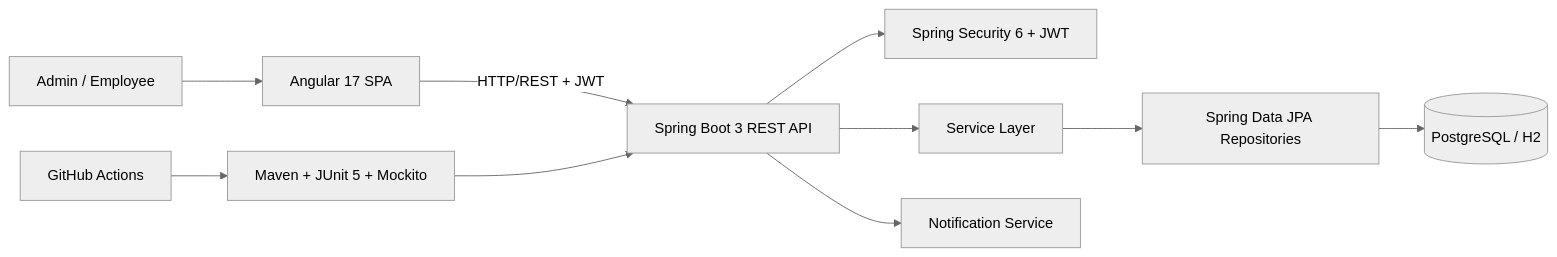
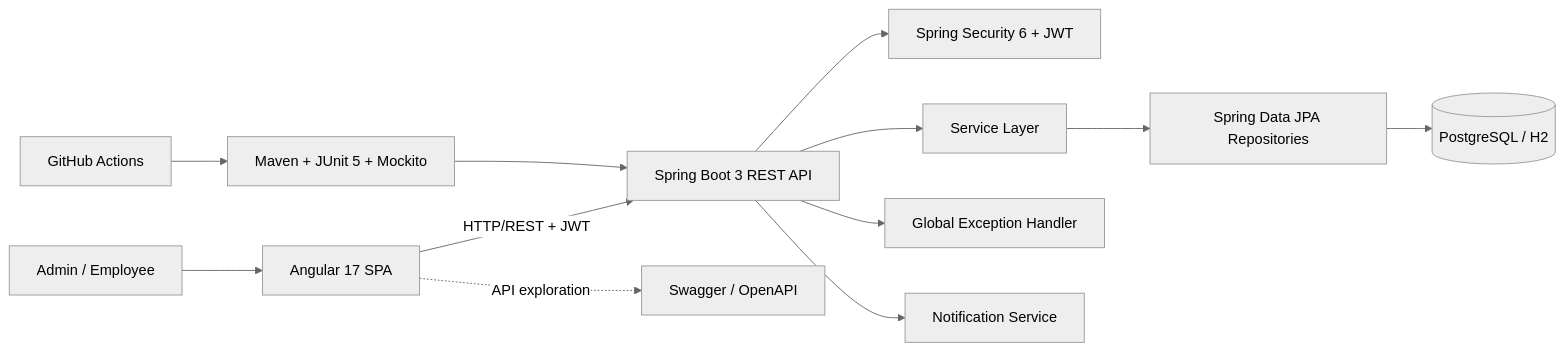
Before and after one commit to deadlyrps2802/PayCore: the first of 6 diagrams in ARCHITECTURE.md, drawn with Mermaid (neutral theme). The commit also changed other lines of this file, not shown here.

Commit message:
docs: update architecture for API docs and exception handling

````diff
--- a/ARCHITECTURE.md
+++ b/ARCHITECTURE.md
@@ -5,12 +5,14 @@
 ```mermaid
 flowchart LR
     U[Admin / Employee] --> FE[Angular 17 SPA]
     FE -->|HTTP/REST + JWT| BE[Spring Boot 3 REST API]
+    FE -. API exploration .-> SW[Swagger / OpenAPI]
     BE --> SEC[Spring Security 6 + JWT]
     BE --> SVC[Service Layer]
+    BE --> EX[Global Exception Handler]
     SVC --> REP[Spring Data JPA Repositories]
     REP --> DB[(PostgreSQL / H2)]
     BE --> NOTIF[Notification Service]
     CI[GitHub Actions] --> TEST[Maven + JUnit 5 + Mockito]
     TEST --> BE
 ```
````
